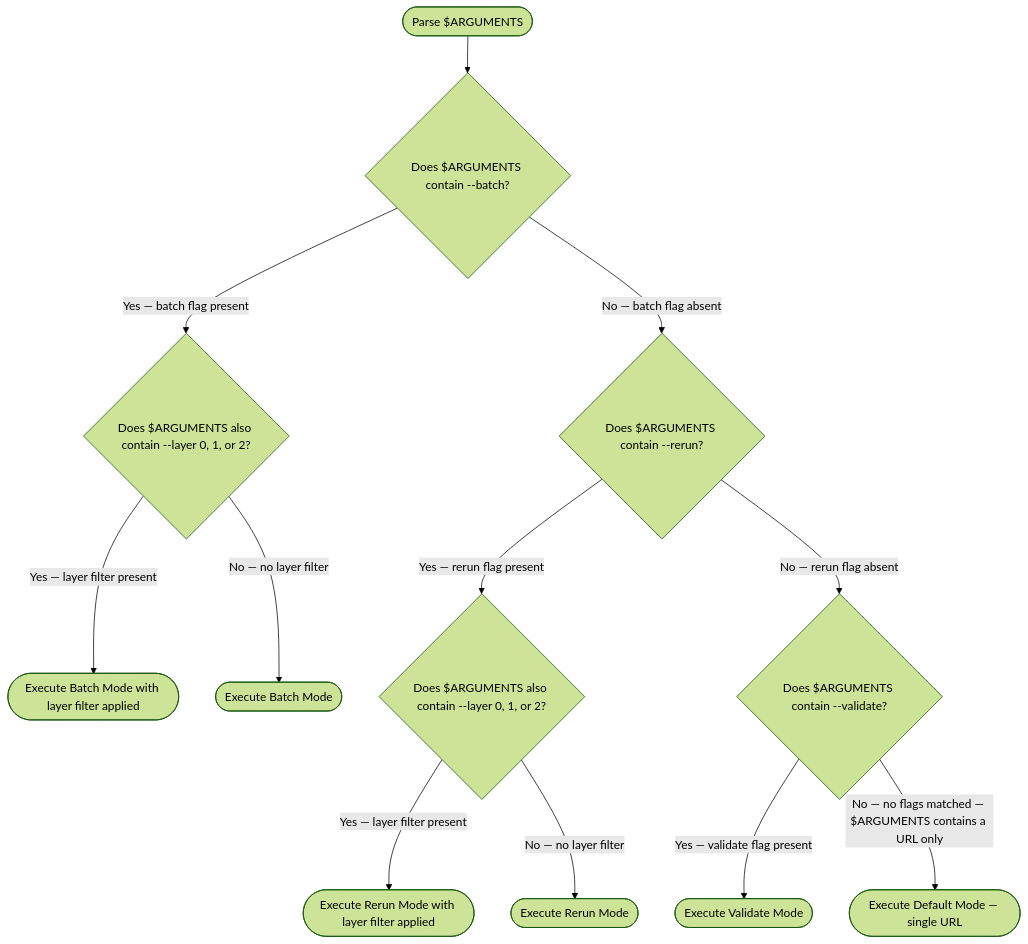
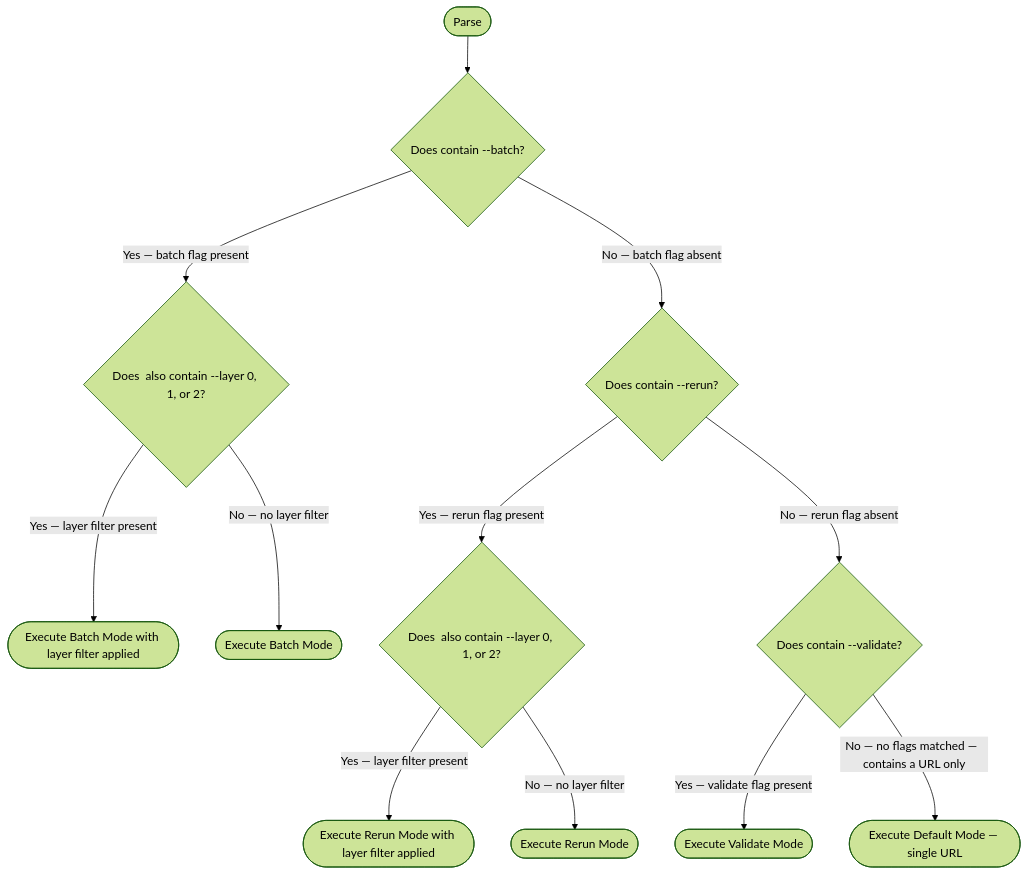
The first of 3 diagrams in .claude/skills/research-curator/SKILL.md (chgreer1070/claude_skills), drawn with Mermaid (forest theme) before and after one commit. The commit also changed other lines of this file and 51 other files, not shown here.

````diff
--- a/.claude/skills/research-curator/SKILL.md
+++ b/.claude/skills/research-curator/SKILL.md
@@ -24,14 +26,14 @@
 ```mermaid
 flowchart TD
-    Start(["Parse $ARGUMENTS"]) --> Q1{"Does $ARGUMENTS contain --batch?"}
-    Q1 -->|"Yes — batch flag present"| Q1Layer{"Does $ARGUMENTS also contain --layer 0, 1, or 2?"}
-    Q1 -->|"No — batch flag absent"| Q2{"Does $ARGUMENTS contain --rerun?"}
+    Start(["Parse <mode_args/>"]) --> Q1{"Does <mode_args/> contain --batch?"}
+    Q1 -->|"Yes — batch flag present"| Q1Layer{"Does <mode_args/> also contain --layer 0, 1, or 2?"}
+    Q1 -->|"No — batch flag absent"| Q2{"Does <mode_args/> contain --rerun?"}
     Q1Layer -->|"Yes — layer filter present"| BatchLayer(["Execute Batch Mode with layer filter applied"])
     Q1Layer -->|"No — no layer filter"| Batch(["Execute Batch Mode"])
-    Q2 -->|"Yes — rerun flag present"| Q2Layer{"Does $ARGUMENTS also contain --layer 0, 1, or 2?"}
-    Q2 -->|"No — rerun flag absent"| Q3{"Does $ARGUMENTS contain --validate?"}
+    Q2 -->|"Yes — rerun flag present"| Q2Layer{"Does <mode_args/> also contain --layer 0, 1, or 2?"}
+    Q2 -->|"No — rerun flag absent"| Q3{"Does <mode_args/> contain --validate?"}
     Q2Layer -->|"Yes — layer filter present"| RerunLayer(["Execute Rerun Mode with layer filter applied"])
     Q2Layer -->|"No — no layer filter"| Rerun(["Execute Rerun Mode"])
     Q3 -->|"Yes — validate flag present"| Validate(["Execute Validate Mode"])
-    Q3 -->|"No — no flags matched — $ARGUMENTS contains a URL only"| Default(["Execute Default Mode — single URL"])
+    Q3 -->|"No — no flags matched — <mode_args/> contains a URL only"| Default(["Execute Default Mode — single URL"])
 ```
````
